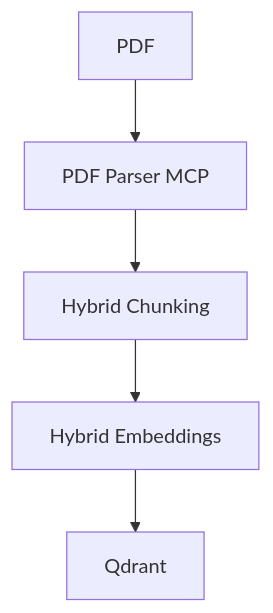
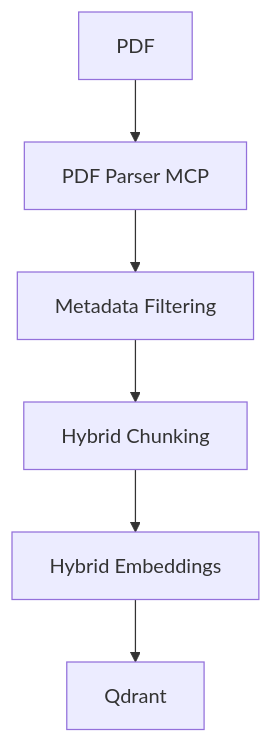
One commit to nakul-cloud/Hybrid-Rag-MCP changed the first of 2 diagrams in README.md. Above: the diagram before and after it, drawn with Mermaid. The commit also changed other lines of this file, not shown here.

Commit message:
Refactor README.md to improve clarity on project objectives, status, and architecture; add verification section and enhance structure.

````diff
--- a/README.md
+++ b/README.md
@@ -28,7 +53,8 @@
 ```mermaid
 flowchart TB
     A[PDF] --> B[PDF Parser MCP]
-    B --> C[Hybrid Chunking]
-    C --> D[Hybrid Embeddings]
-    D --> E[Qdrant]
+    B --> C[Metadata Filtering]
+    C --> D[Hybrid Chunking]
+    D --> E[Hybrid Embeddings]
+    E --> F[Qdrant]
 ```
````
